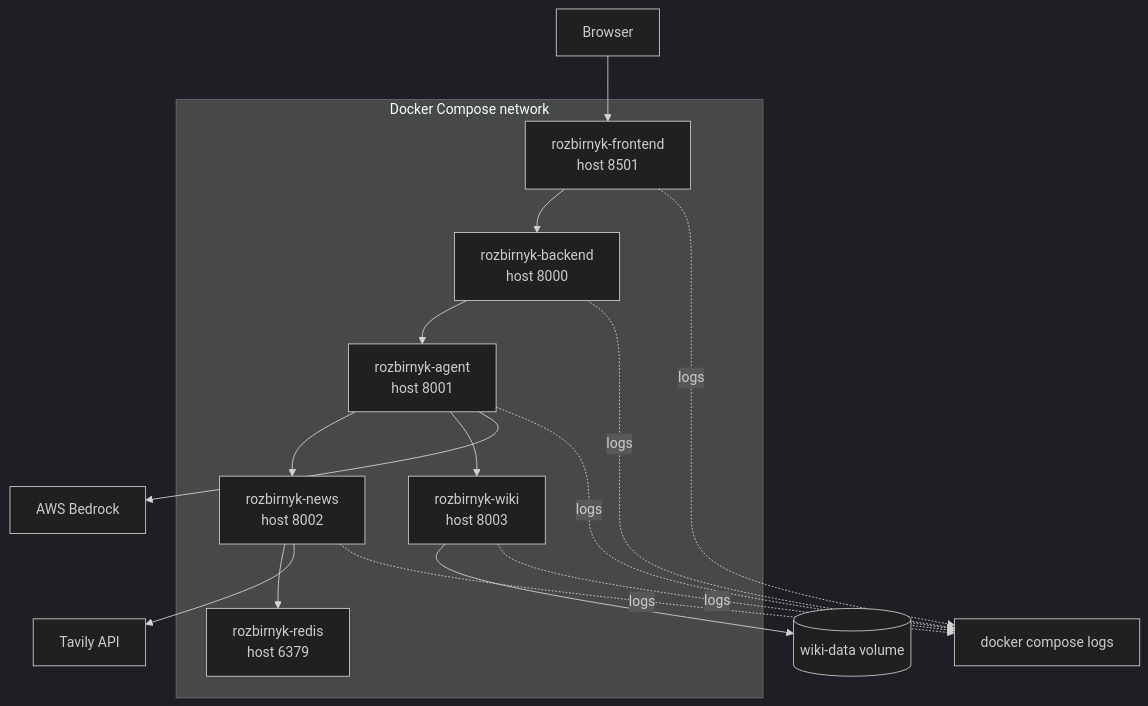
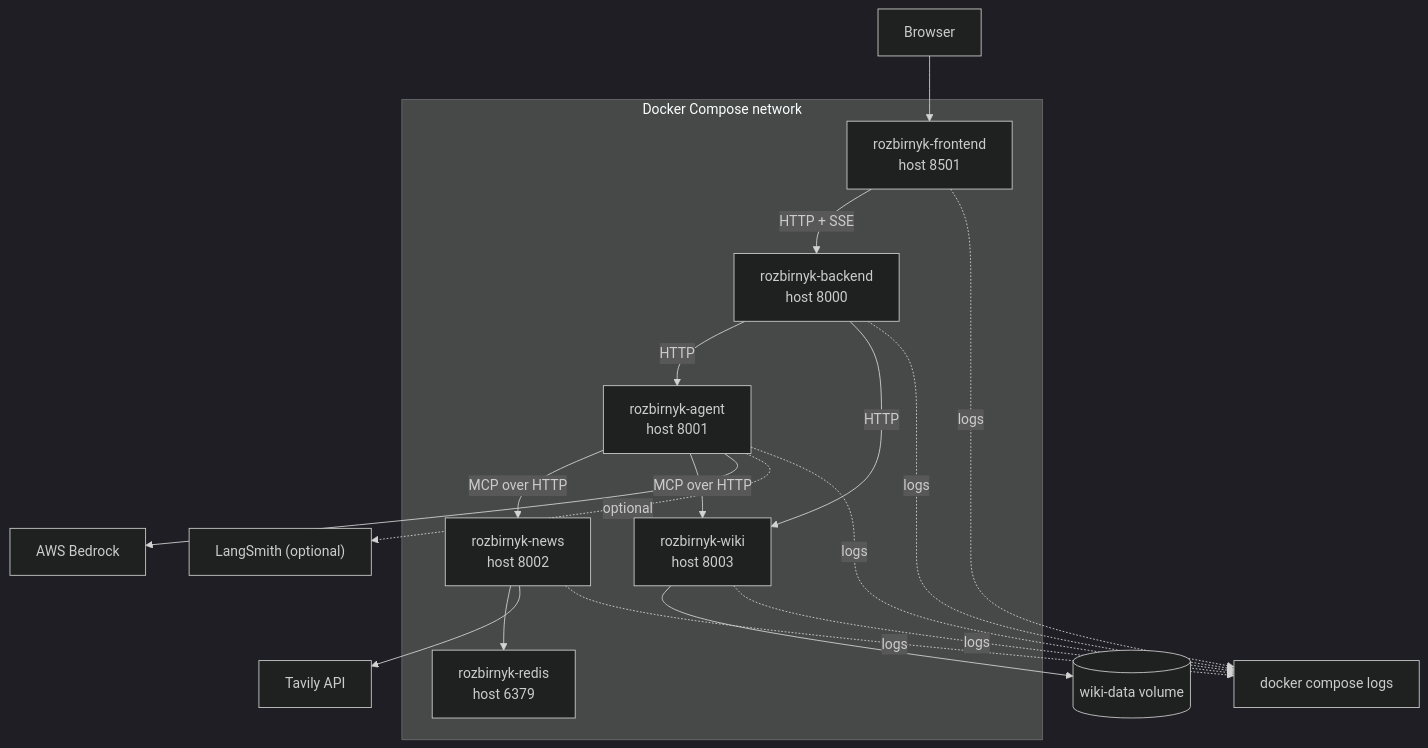
Before and after one commit to serpanchyk/Rozbirnyk: the diagram in docs/diagrams/deployment.md, drawn with Mermaid (dark theme). The commit also changed 17 other files, not shown here.

Commit message:
docs: refresh ADRs and architecture diagrams

````diff
--- a/docs/diagrams/deployment.md
+++ b/docs/diagrams/deployment.md
@@ -3,32 +3,35 @@
 ```mermaid
 flowchart TB
     subgraph compose["Docker Compose network"]
         frontend["rozbirnyk-frontend\nhost 8501"]
         backend["rozbirnyk-backend\nhost 8000"]
         agent["rozbirnyk-agent\nhost 8001"]
         news["rozbirnyk-news\nhost 8002"]
         wiki["rozbirnyk-wiki\nhost 8003"]
         redis["rozbirnyk-redis\nhost 6379"]
     end
 
     browser["Browser"]
     tavily["Tavily API"]
     bedrock["AWS Bedrock"]
+    langsmith["LangSmith (optional)"]
     wiki_volume[("wiki-data volume")]
     logs["docker compose logs"]
 
     browser --> frontend
-    frontend --> backend
-    backend --> agent
-    agent --> news
-    agent --> wiki
+    frontend -->|"HTTP + SSE"| backend
+    backend -->|"HTTP"| agent
+    backend -->|"HTTP"| wiki
+    agent -->|"MCP over HTTP"| news
+    agent -->|"MCP over HTTP"| wiki
     news --> redis
     news --> tavily
     agent --> bedrock
+    agent -. optional .-> langsmith
     wiki --> wiki_volume
     frontend -. logs .-> logs
     backend -. logs .-> logs
     agent -. logs .-> logs
     news -. logs .-> logs
     wiki -. logs .-> logs
 ```
````
